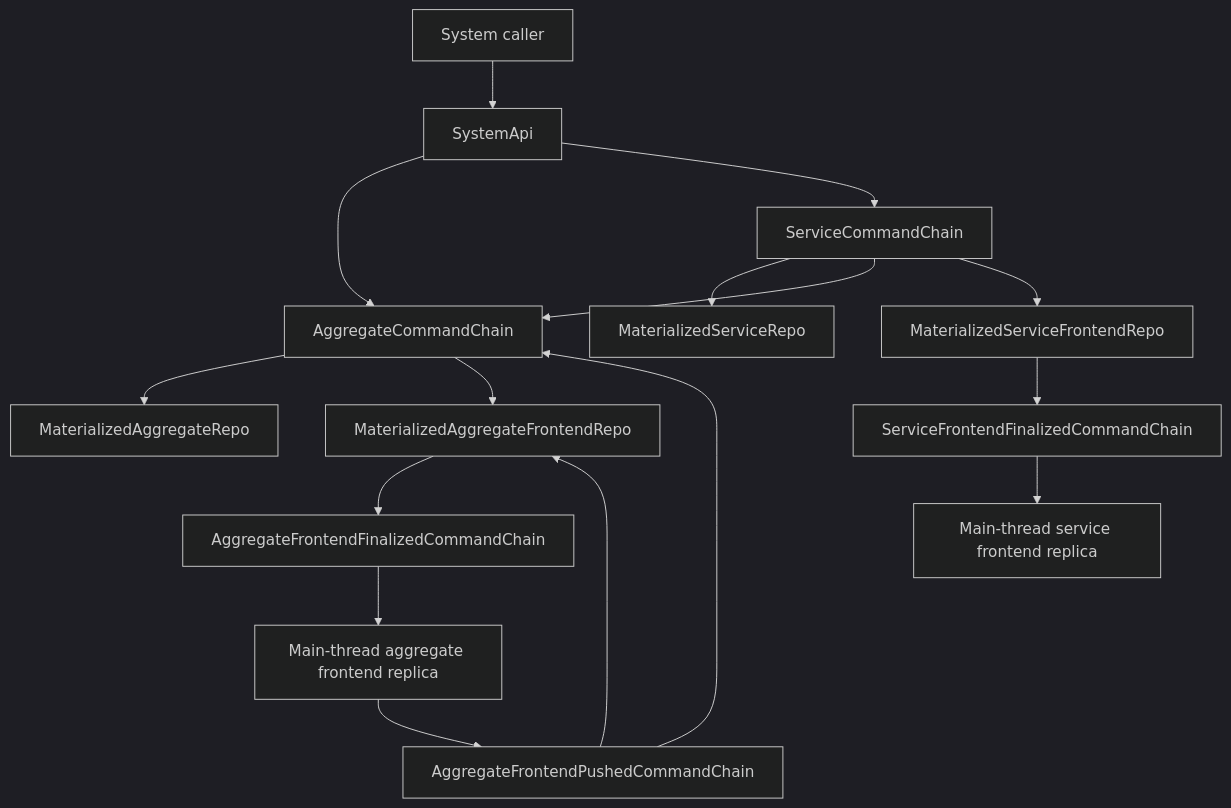
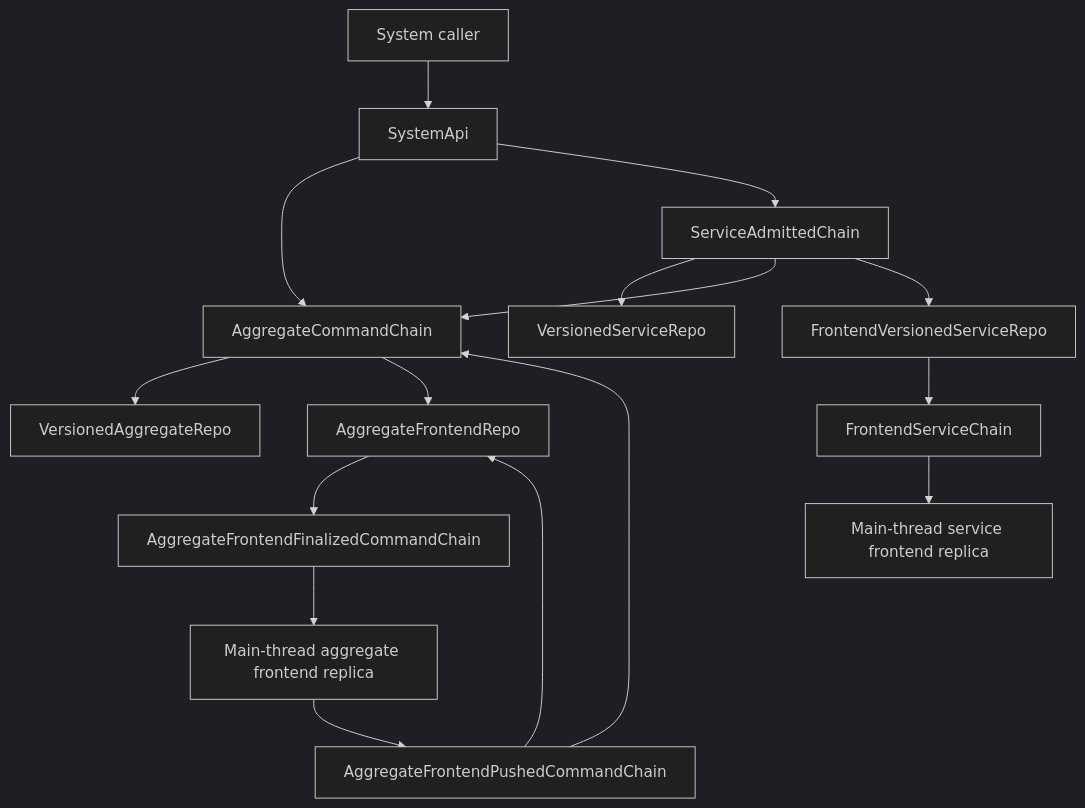
The first of 4 diagrams in wiki/dev/diagrams/KappaArchitecture.md (morgs32/qrk.sh), drawn with Mermaid (dark theme) before and after one commit. The commit also changed other lines of this file and 1046 other files, not shown here.

````diff
--- a/wiki/dev/diagrams/KappaArchitecture.md
+++ b/wiki/dev/diagrams/KappaArchitecture.md
@@ -18,21 +19,21 @@
 ```mermaid
 flowchart TB
   SystemCaller[System caller] --> SystemApi
   SystemApi --> AggregateCommandChain
-  SystemApi --> ServiceCommandChain
+  SystemApi --> ServiceAdmittedChain
 
-  AggregateCommandChain --> MaterializedAggregateRepo
-  ServiceCommandChain --> MaterializedServiceRepo
-  ServiceCommandChain --> AggregateCommandChain
+  AggregateCommandChain --> VersionedAggregateRepo
+  ServiceAdmittedChain --> VersionedServiceRepo
+  ServiceAdmittedChain --> AggregateCommandChain
 
   AggregateBrowser[Main-thread aggregate frontend replica] --> AggregateFrontendPushedCommandChain
-  AggregateFrontendPushedCommandChain --> MaterializedAggregateFrontendRepo
+  AggregateFrontendPushedCommandChain --> AggregateFrontendRepo
   AggregateFrontendPushedCommandChain --> AggregateCommandChain
-  AggregateCommandChain --> MaterializedAggregateFrontendRepo
-  MaterializedAggregateFrontendRepo --> AggregateFrontendFinalizedCommandChain
+  AggregateCommandChain --> AggregateFrontendRepo
+  AggregateFrontendRepo --> AggregateFrontendFinalizedCommandChain
   AggregateFrontendFinalizedCommandChain --> AggregateBrowser
 
-  ServiceCommandChain --> MaterializedServiceFrontendRepo
-  MaterializedServiceFrontendRepo --> ServiceFrontendFinalizedCommandChain
-  ServiceFrontendFinalizedCommandChain --> ServiceBrowser[Main-thread service frontend replica]
+  ServiceAdmittedChain --> FrontendVersionedServiceRepo
+  FrontendVersionedServiceRepo --> FrontendServiceChain
+  FrontendServiceChain --> ServiceBrowser[Main-thread service frontend replica]
 ```
````
